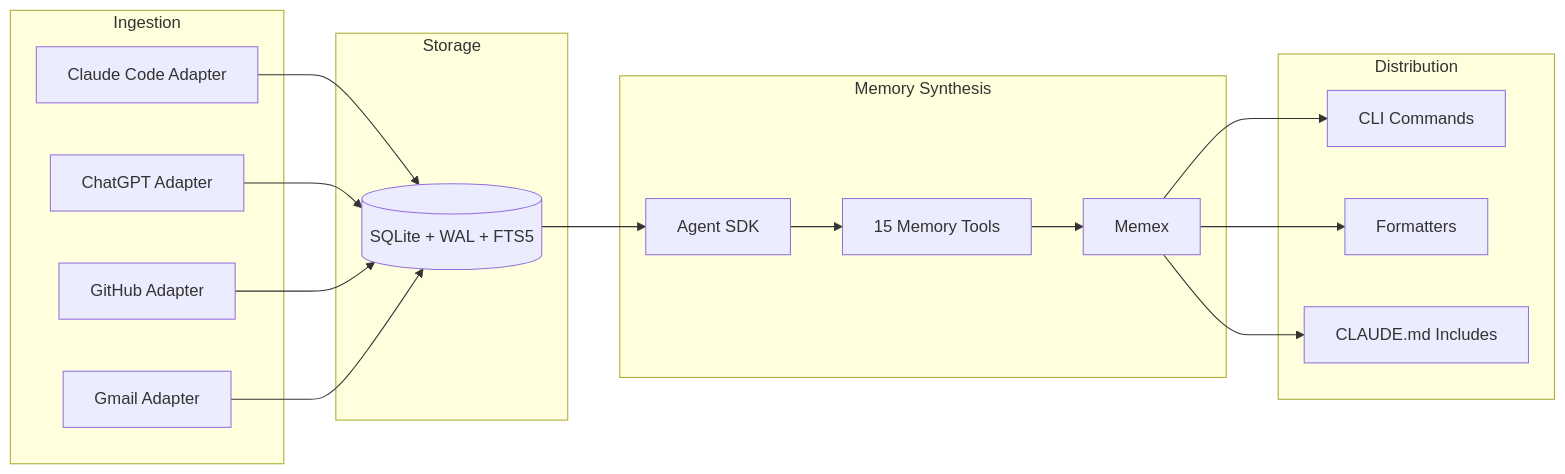
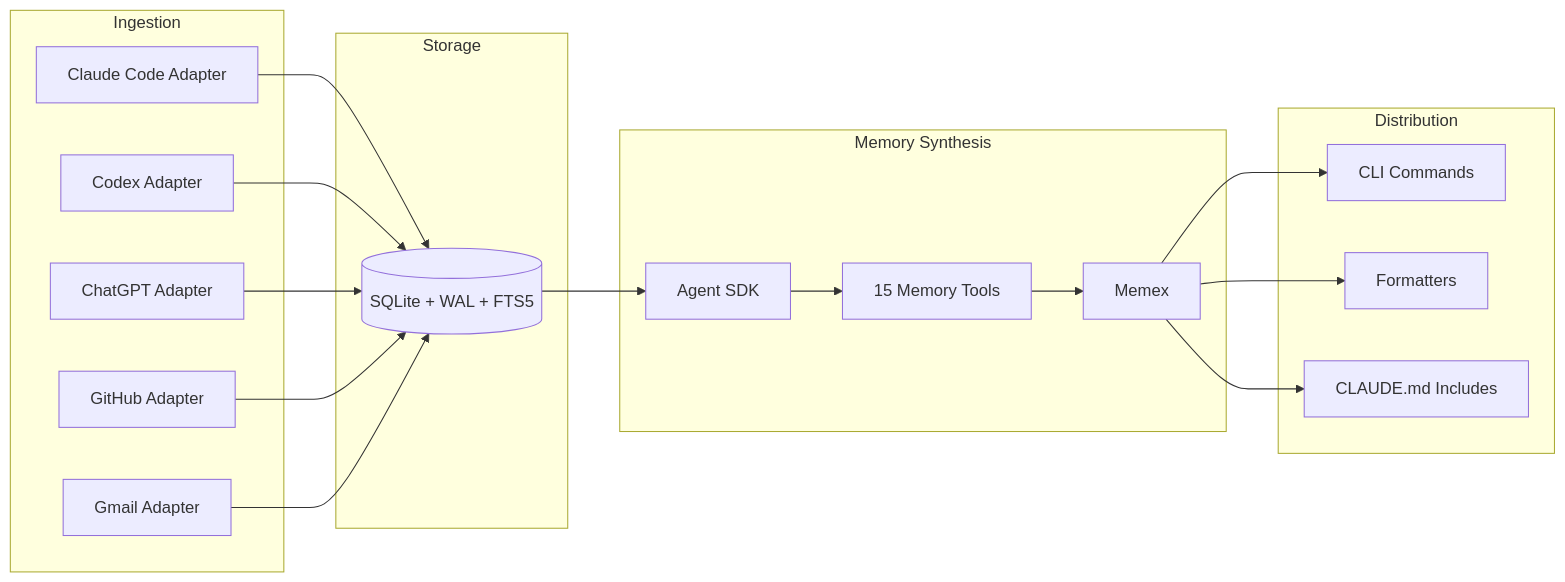
One commit to saxenauts/syke changed the diagram in docs-site/pages/architecture/overview.mdx. Above: the diagram before and after it, drawn with Mermaid. The commit also changed other lines of this file and 26 other files, not shown here.

````diff
--- a/docs-site/pages/architecture/overview.mdx
+++ b/docs-site/pages/architecture/overview.mdx
@@ -7,30 +7,31 @@
 ```mermaid
 graph LR
     subgraph Ingestion
         A1[Claude Code Adapter]
-        A2[ChatGPT Adapter]
-        A3[GitHub Adapter]
-        A4[Gmail Adapter]
+        A2[Codex Adapter]
+        A3[ChatGPT Adapter]
+        A4[GitHub Adapter]
+        A5[Gmail Adapter]
     end
 
     subgraph Storage
         DB[(SQLite + WAL + FTS5)]
     end
 
     subgraph Memory["Memory Synthesis"]
         AS[Agent SDK]
         MT[15 Memory Tools]
         MX[Memex]
         AS --> MT --> MX
     end
 
     subgraph Distribution
         CMD[CLI Commands]
         FMT[Formatters]
         INJ["CLAUDE.md Includes"]
     end
 
-    A1 & A2 & A3 & A4 --> DB
+    A1 & A2 & A3 & A4 & A5 --> DB
     DB --> AS
     MX --> FMT & CMD & INJ
 ```
````
